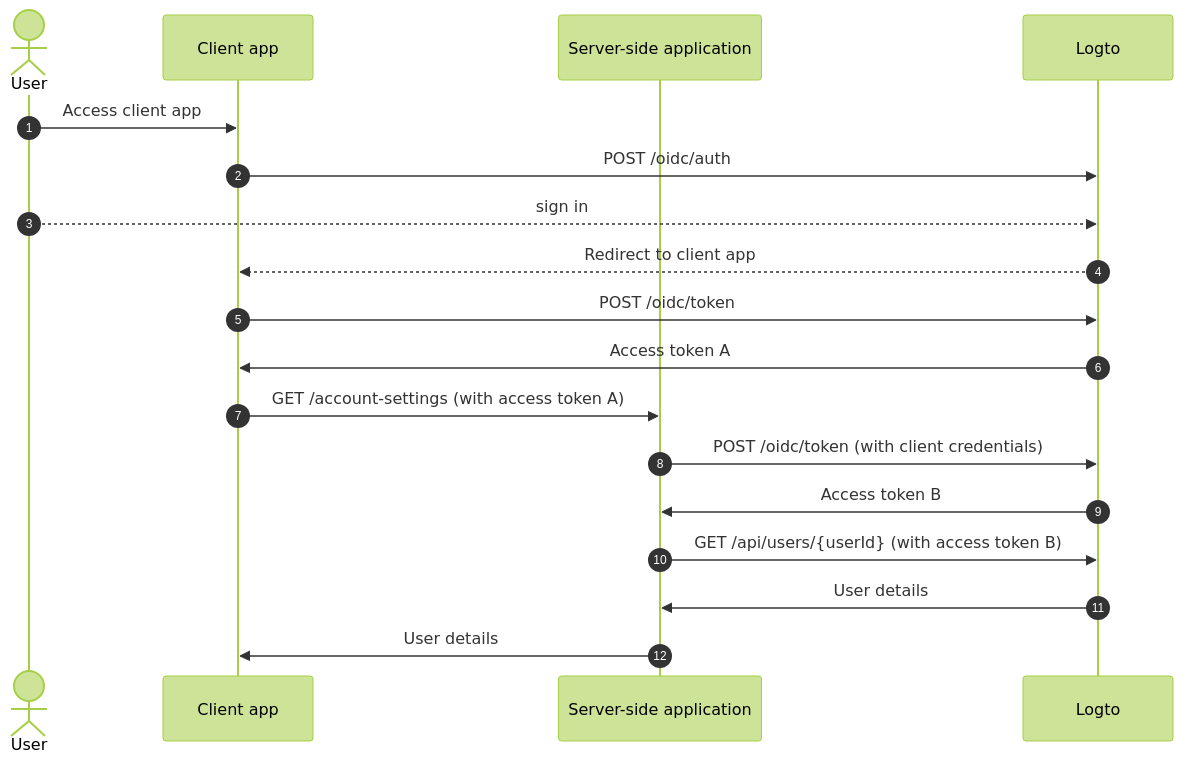
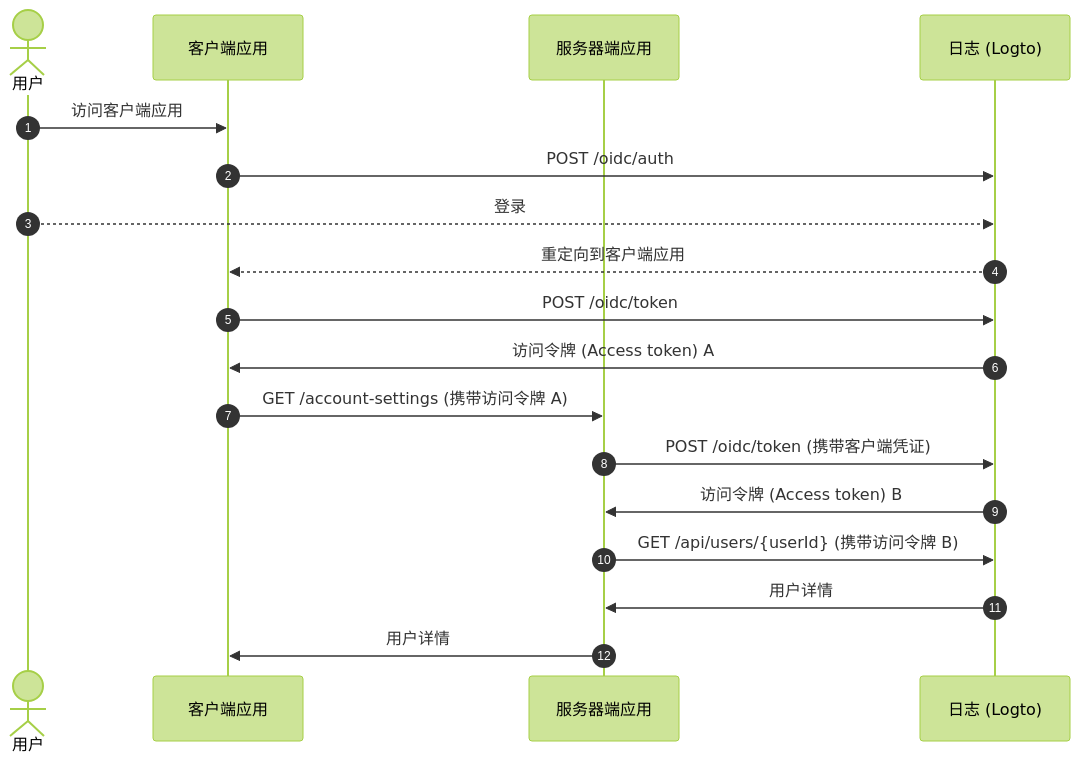
One commit to logto-io/docs changed the second of 3 diagrams in i18n/zh-CN/docusaurus-plugin-content-docs/current/end-user-flows/account-settings/by-management-api.mdx. Above: the diagram before and after it, drawn with Mermaid (forest theme). The commit also changed other lines of this file and 449 other files, not shown here.

````diff
--- a/i18n/zh-CN/docusaurus-plugin-content-docs/current/end-user-flows/account-settings/by-management-api.mdx
+++ b/i18n/zh-CN/docusaurus-plugin-content-docs/current/end-user-flows/account-settings/by-management-api.mdx
@@ -27,21 +27,21 @@
 ```mermaid
   sequenceDiagram
     autonumber
-    actor User as User
-    participant Client as Client app
-    participant Server as Server-side application
-    participant Logto as Logto
+    actor User as 用户
+    participant Client as 客户端应用
+    participant Server as 服务器端应用
+    participant Logto as 日志 (Logto)
 
-    User ->> Client: Access client app
+    User ->> Client: 访问客户端应用
     Client ->> Logto: POST /oidc/auth
-    User -->> Logto: sign in
-    Logto -->> Client: Redirect to client app
+    User -->> Logto: 登录
+    Logto -->> Client: 重定向到客户端应用
     Client ->> Logto: POST /oidc/token
-    Logto ->> Client: Access token A
-    Client ->> Server: GET /account-settings (with access token A)
-    Server ->> Logto: POST /oidc/token (with client credentials)
-    Logto ->> Server: Access token B
-    Server ->> Logto: GET /api/users/{userId} (with access token B)
-    Logto ->> Server: User details
-    Server ->> Client: User details
+    Logto ->> Client: 访问令牌 (Access token) A
+    Client ->> Server: GET /account-settings (携带访问令牌 A)
+    Server ->> Logto: POST /oidc/token (携带客户端凭证)
+    Logto ->> Server: 访问令牌 (Access token) B
+    Server ->> Logto: GET /api/users/{userId} (携带访问令牌 B)
+    Logto ->> Server: 用户详情
+    Server ->> Client: 用户详情
 ```
````
